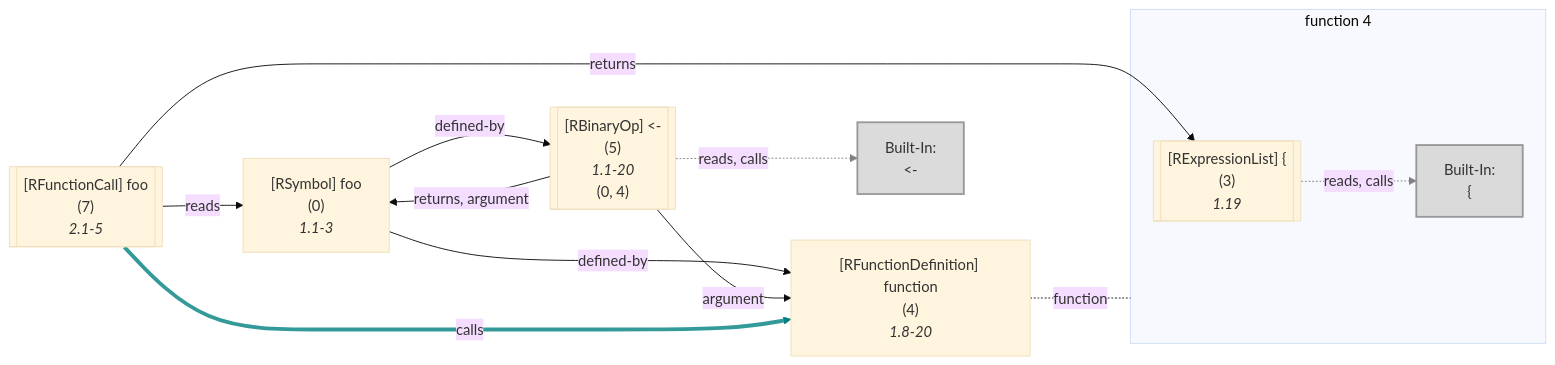
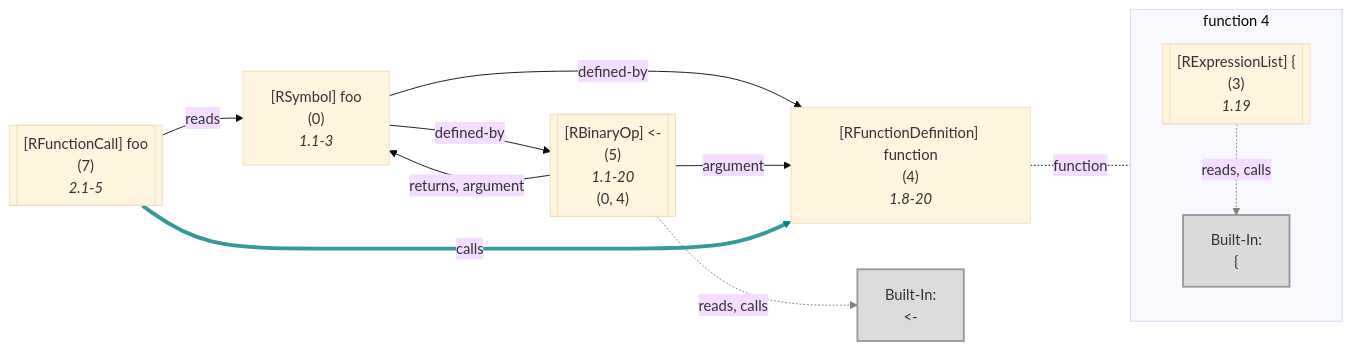
Before and after one commit to flowr-analysis/flowr: diagram 33 of 51 in wiki/Dataflow Graph.md, drawn with Mermaid (base theme). The commit also changed other lines of this file and 13 other files, not shown here.

Commit message:
[skip ci] doc: update generated wiki pages (wiki/Capabilities,wiki/Dataflow Graph,wiki/Interface,wiki/Core,README)

````diff
--- a/wiki/Dataflow Graph.md
+++ b/wiki/Dataflow Graph.md
@@ -4477,46 +4483,45 @@
 ```mermaid
 flowchart LR
     4["`#91;RFunctionDefinition#93; function
       (4)
       *1.8-20*`"]
 
 subgraph "flow-4" [function 4]
     3[["`#91;RExpressionList#93; #123;
       (3)
       *1.19*`"]]
     built-in:_["`Built-In:
 #123;`"]
     style built-in:_ stroke:gray,fill:lightgray,stroke-width:2px,opacity:.8;
 end
     0["`#91;RSymbol#93; foo
       (0)
       *1.1-3*`"]
     5[["`#91;RBinaryOp#93; #60;#45;
       (5)
       *1.1-20*
     (0, 4)`"]]
     built-in:_-["`Built-In:
 #60;#45;`"]
     style built-in:_- stroke:gray,fill:lightgray,stroke-width:2px,opacity:.8;
     %% Environment of 7 [level: 0]:
     %% Built-in
-    %% 891----------------------------------------
+    %% 893----------------------------------------
     %%   foo: {**foo** (id: 0, type: Function, def. @5)}
     7[["`#91;RFunctionCall#93; foo
       (7)
       *2.1-5*`"]]
     3 -.->|"reads, calls"| built-in:_
     linkStyle 0 stroke:gray;
 4 -.-|function| flow-4
 
     0 -->|"defined-by"| 4
     0 -->|"defined-by"| 5
     5 -->|"argument"| 4
     5 -->|"returns, argument"| 0
     5 -.->|"reads, calls"| built-in:_-
     linkStyle 6 stroke:gray;
     7 -->|"reads"| 0
-    7 -->|"returns"| 3
     7 -->|"calls"| 4
-    linkStyle 9 stroke:teal,stroke-width:4.2px,stroke-opacity:.8
+    linkStyle 8 stroke:teal,stroke-width:4.2px,stroke-opacity:.8
 ```
````
